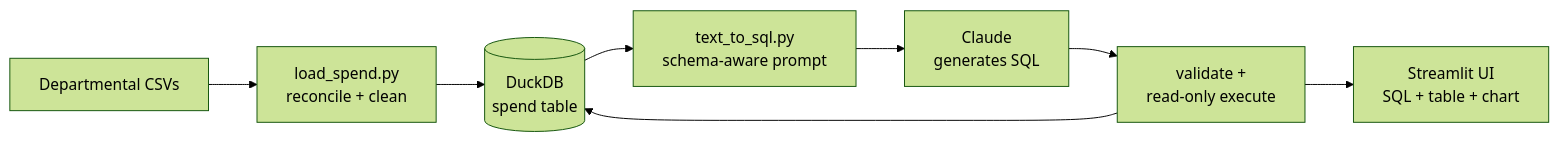
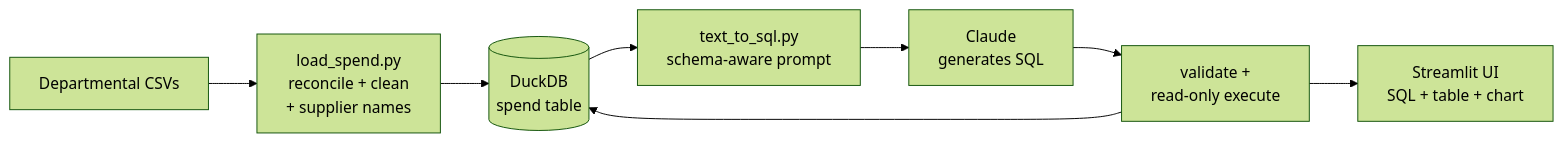
Before and after one commit to Kojosafo86/spend-ledger: the diagram in README.md, drawn with Mermaid (forest theme). The commit also changed other lines of this file and 5 other files, not shown here.

First line of the commit message:
Add supplier-name normalisation and fix chart category detection

````diff
--- a/README.md
+++ b/README.md
@@ -79,10 +79,10 @@
 ```mermaid
 flowchart LR
-    A[Departmental CSVs] --> B[load_spend.py<br/>reconcile + clean]
+    A[Departmental CSVs] --> B[load_spend.py<br/>reconcile + clean<br/>+ supplier names]
     B --> C[(DuckDB<br/>spend table)]
     C --> D[text_to_sql.py<br/>schema-aware prompt]
     D --> E[Claude<br/>generates SQL]
     E --> F[validate +<br/>read-only execute]
     F --> C
     F --> G[Streamlit UI<br/>SQL + table + chart]
 ```
````
